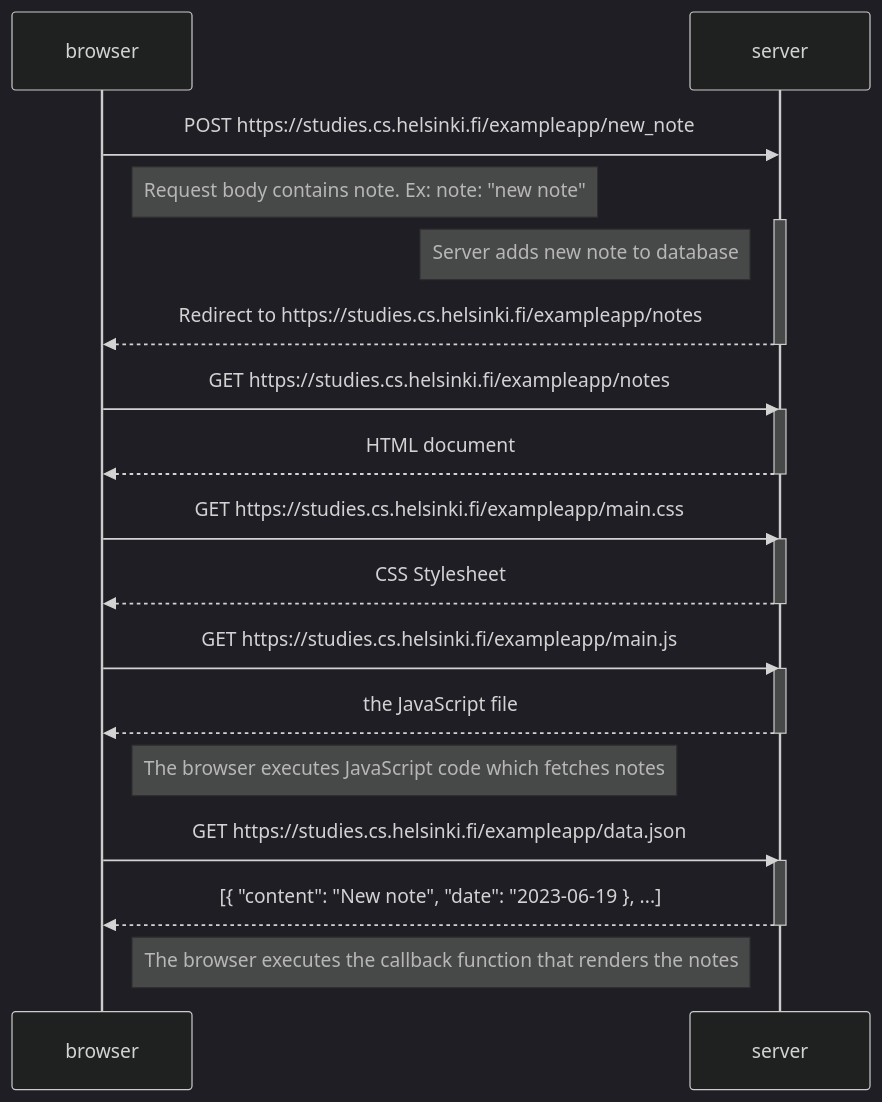
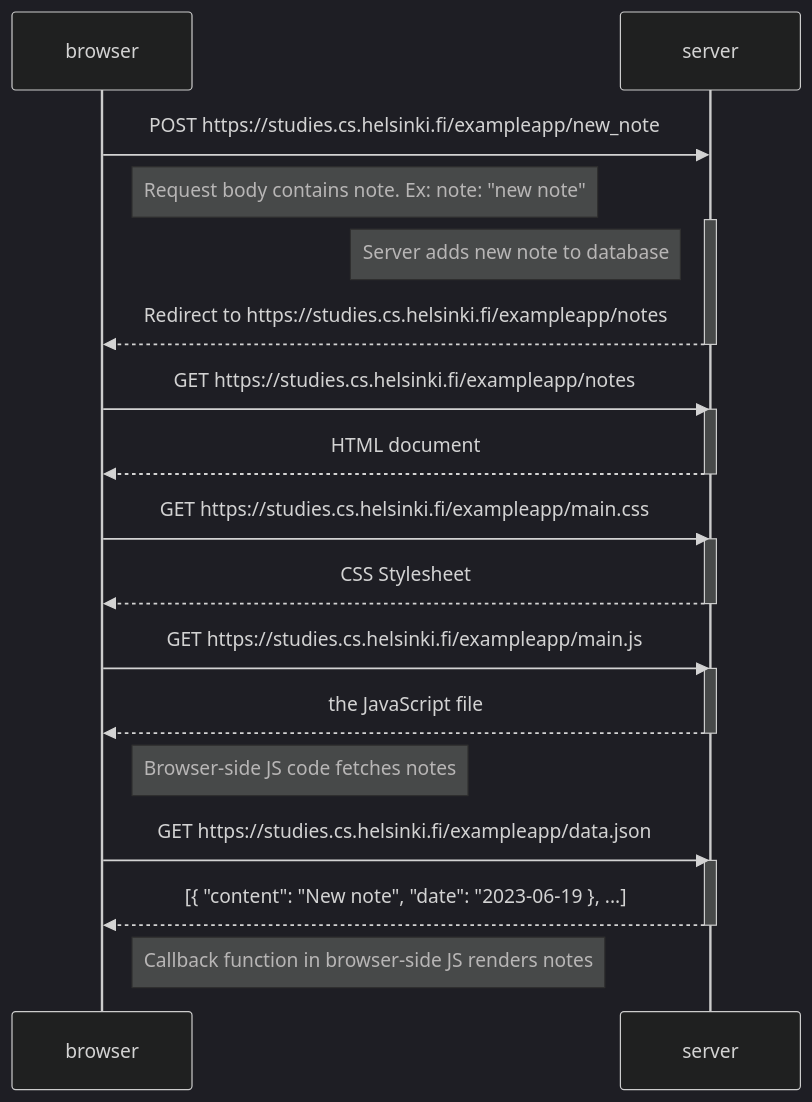
Before and after one commit to bcrave/full-stack-open: the diagram in part0/04-new-note-diagram.md, drawn with Mermaid (dark theme).

Commit message:
made notes more concise

````diff
--- a/part0/04-new-note-diagram.md
+++ b/part0/04-new-note-diagram.md
@@ -3,36 +3,36 @@
 ```mermaid
 sequenceDiagram
     participant browser
     participant server
 
     browser->>server: POST https://studies.cs.helsinki.fi/exampleapp/new_note
     Note right of browser: Request body contains note. Ex: note: "new note"
     activate server
     Note left of server: Server adds new note to database
     server-->>browser: Redirect to https://studies.cs.helsinki.fi/exampleapp/notes
     deactivate server
 
     browser->>server: GET https://studies.cs.helsinki.fi/exampleapp/notes
     activate server
     server-->>browser: HTML document
     deactivate server
 
     browser->>server: GET https://studies.cs.helsinki.fi/exampleapp/main.css
     activate server
     server-->>browser: CSS Stylesheet
     deactivate server
 
     browser->>server: GET https://studies.cs.helsinki.fi/exampleapp/main.js
     activate server
     server-->>browser: the JavaScript file
     deactivate server
 
-    Note right of browser: The browser executes JavaScript code which fetches notes
+    Note right of browser: Browser-side JS code fetches notes
 
     browser->>server: GET https://studies.cs.helsinki.fi/exampleapp/data.json
     activate server
     server-->>browser: [{ "content": "New note", "date": "2023-06-19 }, ...]
     deactivate server
 
-    Note right of browser: The browser executes the callback function that renders the notes
+    Note right of browser: Callback function in browser-side JS renders notes
 ```
````
